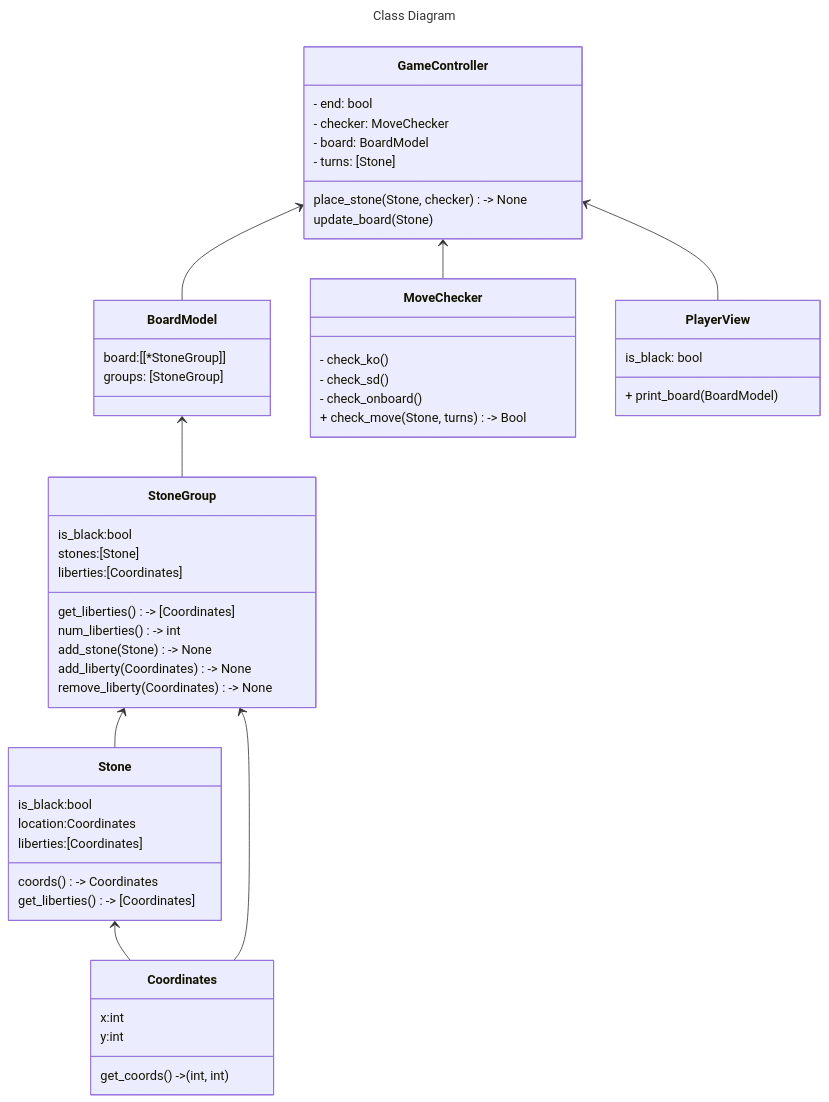
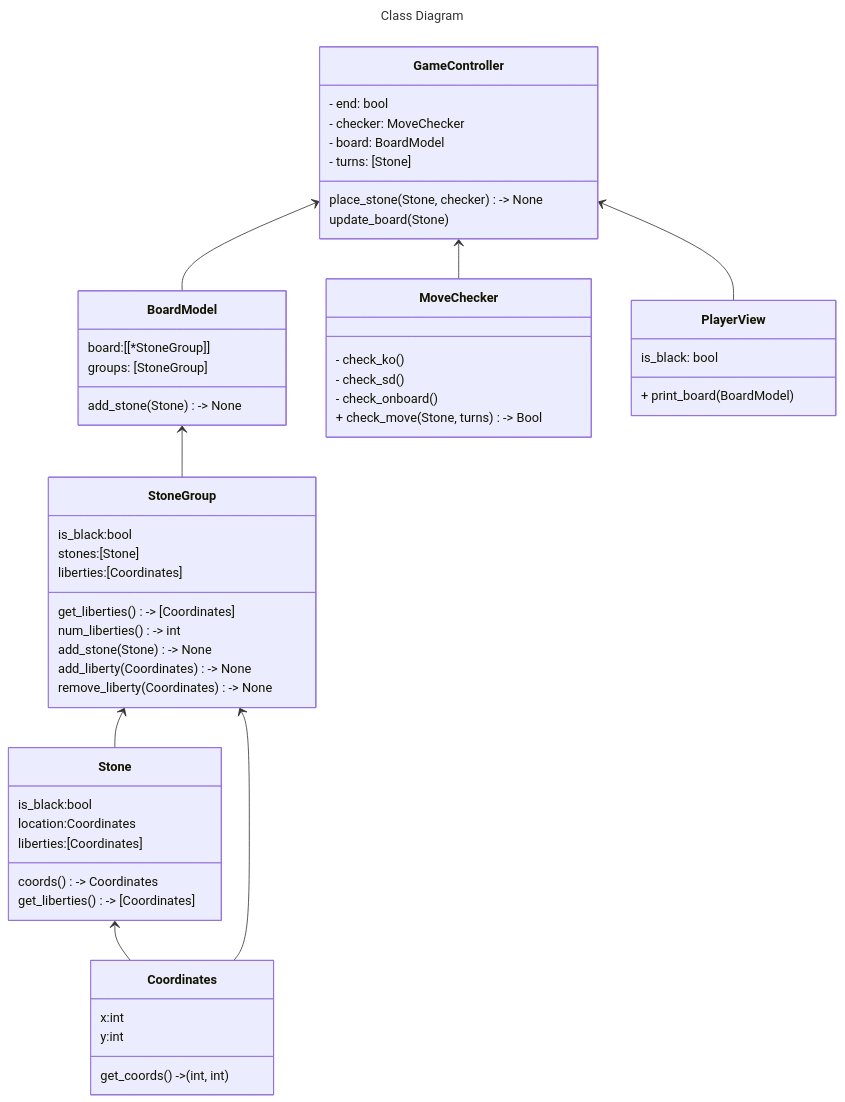
Before and after one commit to adeshkadambi/go: the diagram in README.md, drawn with Mermaid. The commit also changed 6 other files, not shown here.

````diff
--- a/README.md
+++ b/README.md
@@ -4,69 +4,70 @@
 ```mermaid
 ---
 title: Class Diagram
 ---
 classDiagram
 
     GameController <-- BoardModel
     BoardModel <-- StoneGroup
     StoneGroup <-- Stone
     GameController <-- MoveChecker
     GameController <-- PlayerView
     Stone <-- Coordinates
     StoneGroup <-- Coordinates
 
     class BoardModel {
         board:[[*StoneGroup]]
         groups: [StoneGroup]
+        add_stone(Stone) -> None
     }
 
     class GameController {
         - end: bool
         - checker: MoveChecker
         - board: BoardModel
         - turns: [Stone]
 
         place_stone(Stone, checker) -> None
         update_board(Stone)
     }
 
     class MoveChecker{
         - check_ko()
         - check_sd()
         - check_onboard()
         + check_move(Stone, turns) -> Bool
     }
 
     class PlayerView {
         is_black: bool
 
         + print_board(BoardModel)
     }
 
     class Coordinates {
         x:int
         y:int
         get_coords() -> (int, int)
     }
 
     class Stone {
         is_black:bool
         location:Coordinates
         liberties:[Coordinates]
 
         coords() -> Coordinates
         get_liberties() -> [Coordinates]
     }
 
     class StoneGroup {
         is_black:bool
         stones:[Stone]
         liberties:[Coordinates]
 
         get_liberties() -> [Coordinates]
         num_liberties() -> int
         add_stone(Stone) -> None
         add_liberty(Coordinates) -> None
         remove_liberty(Coordinates) -> None
     }
 ```
````
